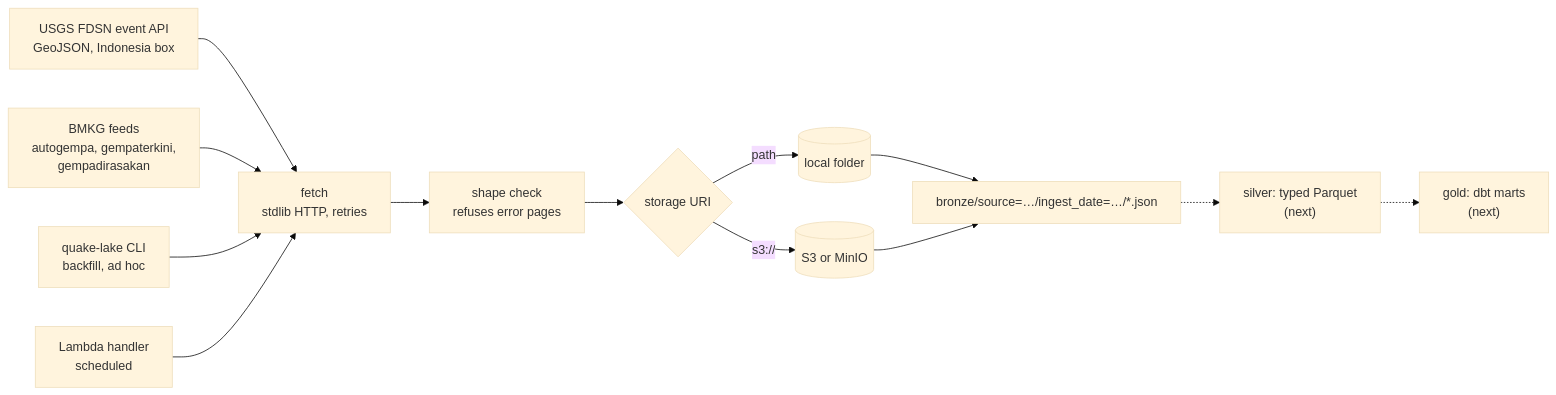
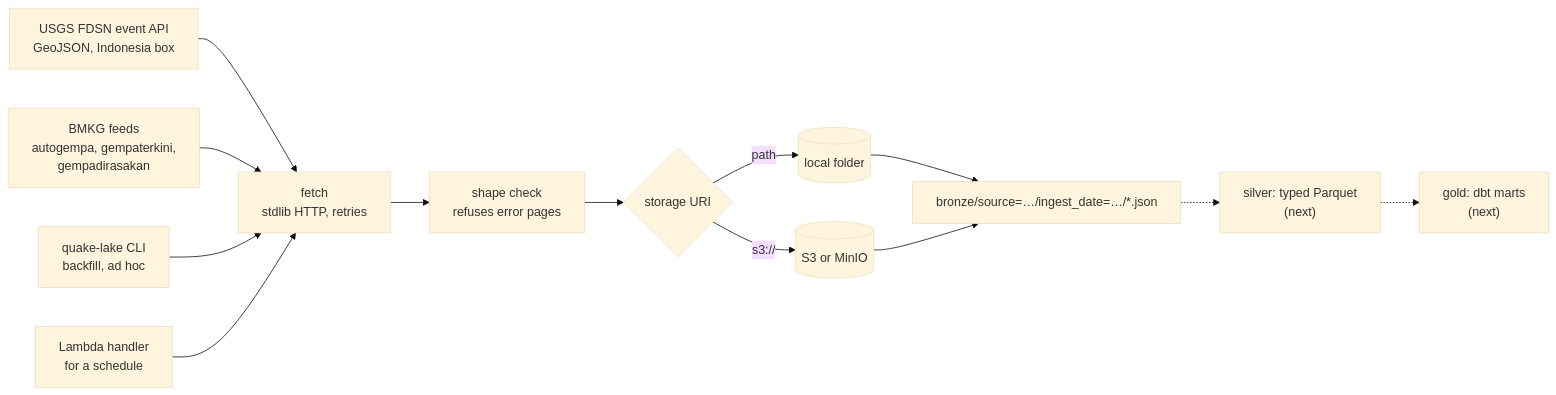
Before and after one commit to Julminus/quake-lake: the diagram in README.md, drawn with Mermaid (base theme). The commit also changed other lines of this file and 7 other files, not shown here.

````diff
--- a/README.md
+++ b/README.md
@@ -53,14 +60,14 @@
 ```mermaid
 flowchart LR
     USGS["USGS FDSN event API<br/>GeoJSON, Indonesia box"] --> F
     BMKG["BMKG feeds<br/>autogempa, gempaterkini,<br/>gempadirasakan"] --> F
     CLI["quake-lake CLI<br/>backfill, ad hoc"] --> F
-    L["Lambda handler<br/>scheduled"] --> F
+    L["Lambda handler<br/>for a schedule"] --> F
     F["fetch<br/>stdlib HTTP, retries"] --> C["shape check<br/>refuses error pages"]
     C --> S{"storage URI"}
     S -- "path" --> D[("local folder")]
     S -- "s3://" --> M[("S3 or MinIO")]
     D --> B["bronze/source=…/ingest_date=…/*.json"]
     M --> B
     B -.-> SV["silver: typed Parquet<br/>(next)"] -.-> G["gold: dbt marts<br/>(next)"]
 ```
````
